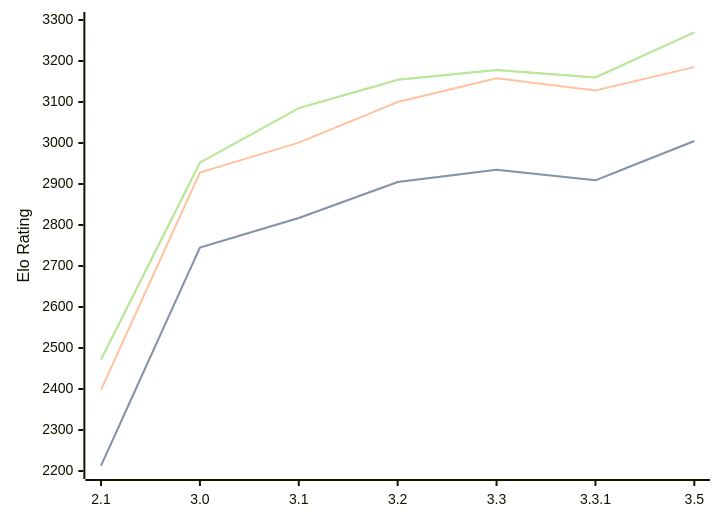
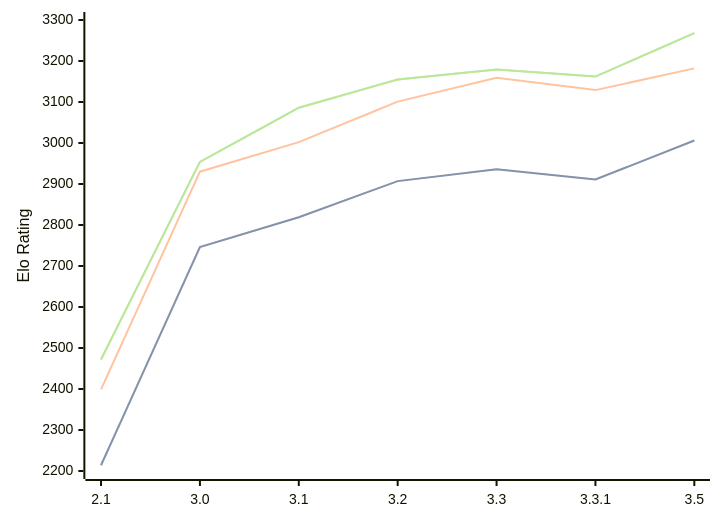
One commit to computer-chess-index/cci changed the first of 3 diagrams in engines/Petrel.md. Above: the diagram before and after it, drawn with Mermaid. The commit also changed other lines of this file, not shown here.

Commit message:
Update CCI Ratings (ELO VLTC) - 2026-06-30

````diff
--- a/engines/Petrel.md
+++ b/engines/Petrel.md
@@ -46,11 +46,11 @@
 ```mermaid
 %%{init: {"theme":"base","themeVariables":{"seriesColors:['#a3a3a3','#222221','#faa371']}}}%%
 xychart-beta
   x-axis ["2.1", "3.0", "3.1", "3.2", "3.3", "3.3.1", "3.5"]
   y-axis "Elo Rating" 2200 --> 3300
-  line "STC (8.0+0.08s)" [2213, 2745, 2817, 2905, 2935, 2909, 3005]
-  line "STC (8.0+0.08s)" [2213, 2745, 2817, 2905, 2935, 2909, 3005]
-  line "LTC (60.0+0.60s)" [2398, 2928, 3001, 3100, 3158, 3128, 3185]
-  line "VLTC (2m24s+1.12s)" [2472, 2952, 3085, 3154, 3178, 3160, 3270]
-  line "VLTC (2m24s+1.12s)" [2472, 2952, 3085, 3154, 3178, 3160, 3270]
+  line "STC (8.0+0.08s)" [2214, 2746, 2819, 2907, 2936, 2911, 3006]
+  line "STC (8.0+0.08s)" [2214, 2746, 2819, 2907, 2936, 2911, 3006]
+  line "LTC (60.0+0.60s)" [2399, 2930, 3002, 3101, 3159, 3129, 3182]
+  line "VLTC (2m24s+1.12s)" [2472, 2954, 3086, 3155, 3179, 3162, 3268]
+  line "VLTC (2m24s+1.12s)" [2472, 2954, 3086, 3155, 3179, 3162, 3268]
 ```
````
